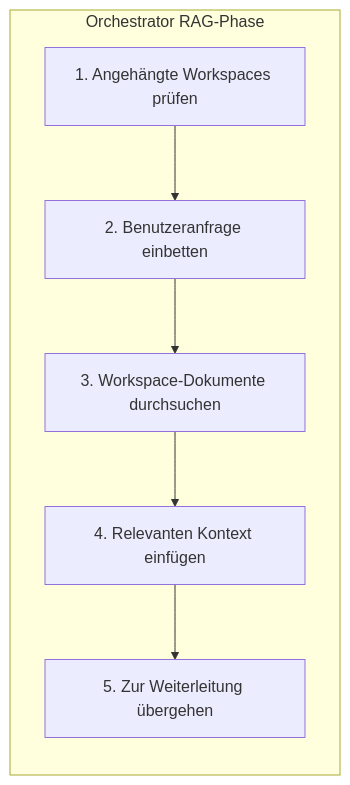
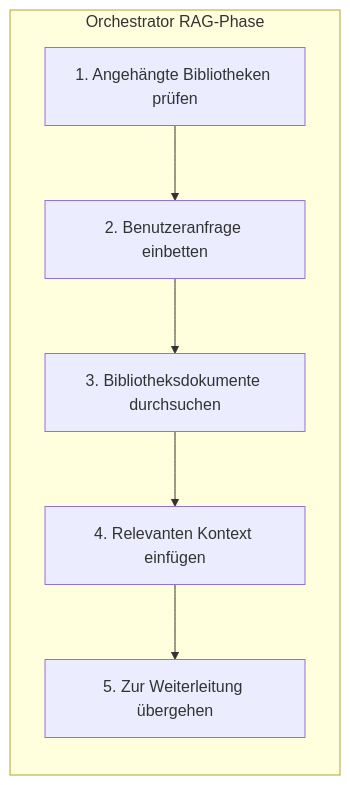
One commit to Fabric-Pro/fabric-oss changed the third of 5 diagrams in apps/web/content/docs/core-concepts/rag.de.mdx. Above: the diagram before and after it, drawn with Mermaid. The commit also changed other lines of this file and 1129 other files, not shown here.

````diff
--- a/apps/web/content/docs/core-concepts/rag.de.mdx
+++ b/apps/web/content/docs/core-concepts/rag.de.mdx
@@ -269,12 +269,12 @@
 ```mermaid
 flowchart LR
     subgraph ORCH["Orchestrator RAG-Phase"]
         direction TB
-        S1[1. Angehängte Workspaces prüfen]
+        S1[1. Angehängte Bibliotheken prüfen]
         S2[2. Benutzeranfrage einbetten]
-        S3[3. Workspace-Dokumente durchsuchen]
+        S3[3. Bibliotheksdokumente durchsuchen]
         S4[4. Relevanten Kontext einfügen]
         S5[5. Zur Weiterleitung übergehen]
         S1 --> S2 --> S3 --> S4 --> S5
     end
 ```
````
